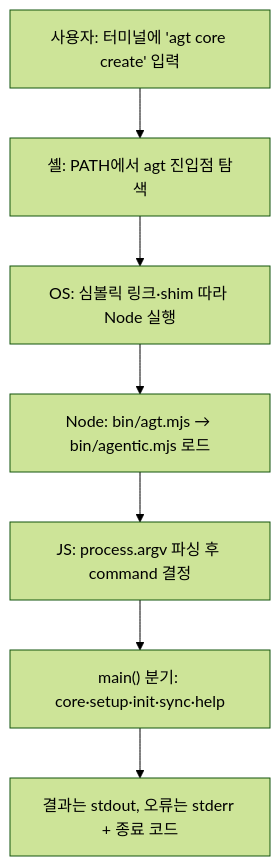
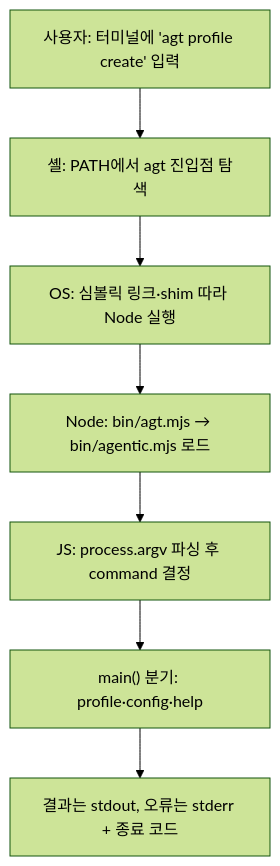
The second of 5 diagrams in docs/implementation-principles.md (IsthisLee/agent-context-manager), drawn with Mermaid (forest theme) before and after one commit. The commit also changed other lines of this file and 40 other files, not shown here.

First line of the commit message:
feat!: Core를 Guidance Profile로 개명하고 profile apply/sync 분리

````diff
--- a/docs/implementation-principles.md
+++ b/docs/implementation-principles.md
@@ -149,9 +149,9 @@
 ```mermaid
 flowchart TD
-  A["사용자: 터미널에 'agt core create' 입력"] --> B["셸: PATH에서 agt 진입점 탐색"]
+  A["사용자: 터미널에 'agt profile create' 입력"] --> B["셸: PATH에서 agt 진입점 탐색"]
   B --> C["OS: 심볼릭 링크·shim 따라 Node 실행"]
   C --> D["Node: bin/agt.mjs → bin/agentic.mjs 로드"]
   D --> E["JS: process.argv 파싱 후 command 결정"]
-  E --> F["main() 분기: core·setup·init·sync·help"]
+  E --> F["main() 분기: profile·config·help"]
   F --> G["결과는 stdout, 오류는 stderr + 종료 코드"]
 ```
````
